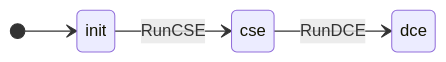
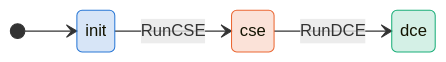
One commit to antflydb/antfly changed the first of 2 diagrams in zig/specs/tla/diagrams/ml/AntflyMlGraphDagPasses.md. Above: the diagram before and after it, drawn with Mermaid. The commit also changed 27 other files, not shown here.

````diff
--- a/zig/specs/tla/diagrams/ml/AntflyMlGraphDagPasses.md
+++ b/zig/specs/tla/diagrams/ml/AntflyMlGraphDagPasses.md
@@ -13,7 +13,13 @@
 ```mermaid
 stateDiagram-v2
     direction LR
     [*] --> init
     init --> cse : RunCSE
     cse --> dce : RunDCE
+    classDef c_init fill:#2a78d630,stroke:#2a78d6
+    class init c_init
+    classDef c_cse fill:#eb683430,stroke:#eb6834
+    class cse c_cse
+    classDef c_dce fill:#1baf7a30,stroke:#1baf7a
+    class dce c_dce
 ```
````
